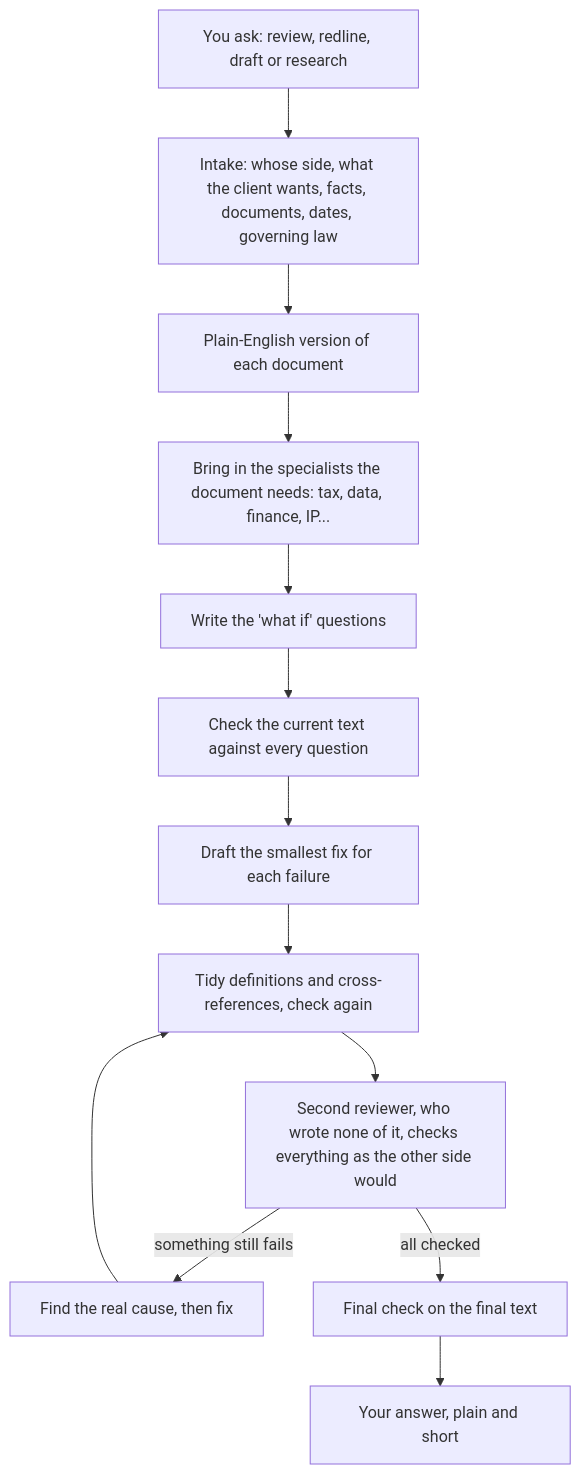
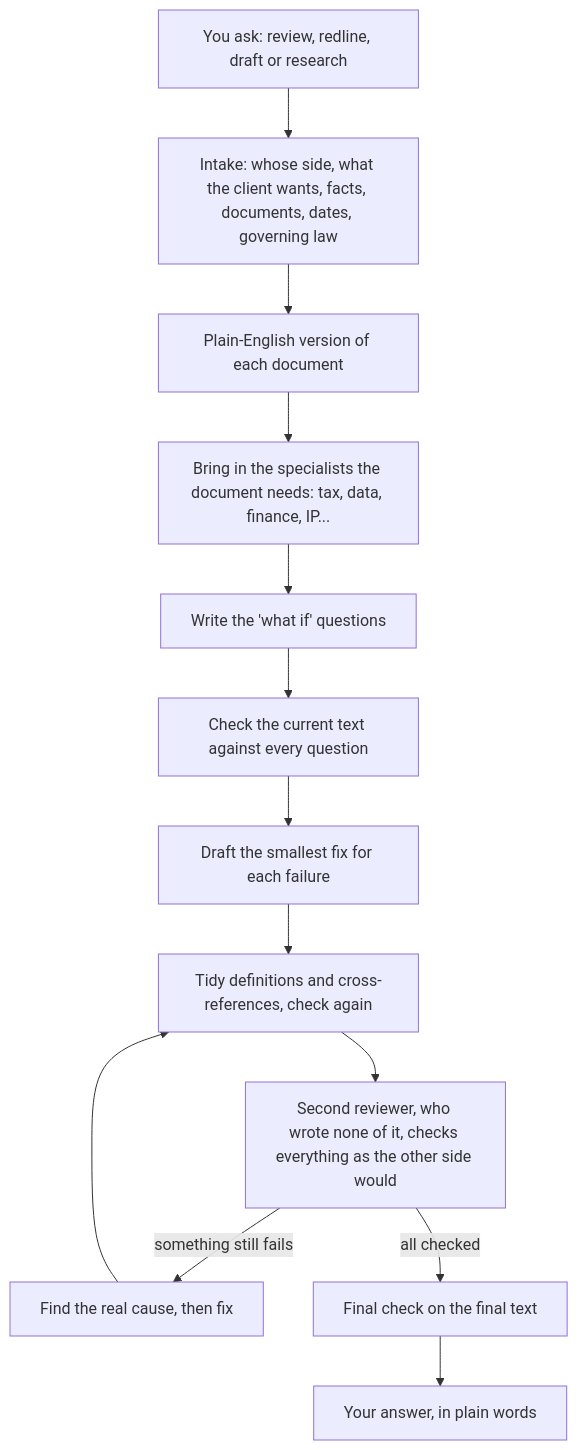
One commit to vivekgoquest/legal-superpowers changed the diagram in README.md. Above: the diagram before and after it, drawn with Mermaid. The commit also changed other lines of this file and 6 other files, not shown here.

````diff
--- a/README.md
+++ b/README.md
@@ -52,15 +52,15 @@
 ```mermaid
 flowchart TD
     A["You ask: review, redline, draft or research"] --> B["Intake: whose side, what the client wants, facts, documents, dates, governing law"]
     B --> C["Plain-English version of each document"]
     C --> D["Bring in the specialists the document needs: tax, data, finance, IP..."]
     D --> E["Write the 'what if' questions"]
     E --> F["Check the current text against every question"]
     F --> G["Draft the smallest fix for each failure"]
     G --> H["Tidy definitions and cross-references, check again"]
     H --> I["Second reviewer, who wrote none of it, checks everything as the other side would"]
     I -->|"something still fails"| J["Find the real cause, then fix"]
     J --> H
     I -->|"all checked"| K["Final check on the final text"]
-    K --> L["Your answer, plain and short"]
+    K --> L["Your answer, in plain words"]
 ```
````
